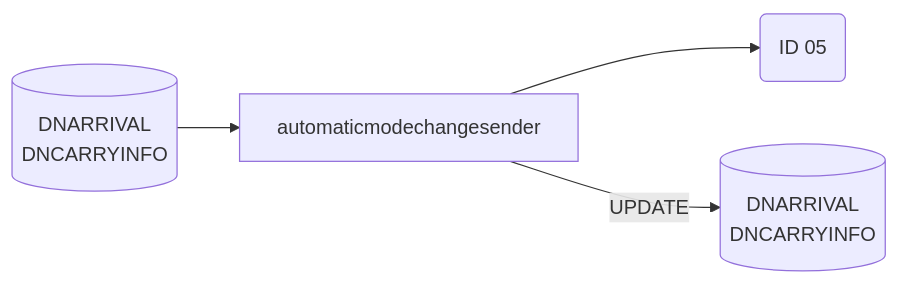
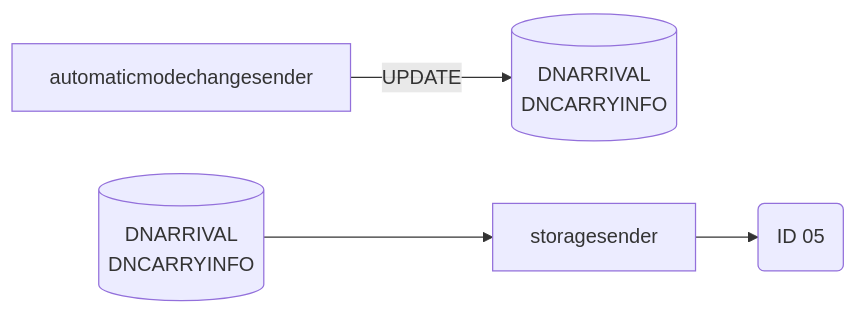
One commit to luthfiadityaa/SimeDarby-Wiki changed the sixth of 23 diagrams in Basic-Design/DFD-WMS/Storage/Palletizing-Settting/Palletize-Start.md. Above: the diagram before and after it, drawn with Mermaid.

Commit message:
Updated Palletize Start

```diff
--- a/Basic-Design/DFD-WMS/Storage/Palletizing-Settting/Palletize-Start.md
+++ b/Basic-Design/DFD-WMS/Storage/Palletizing-Settting/Palletize-Start.md
@@ -478,18 +478,18 @@
 ::: mermaid
 flowchart LR
 automaticmodechangesender-update[("
 DNARRIVAL
 DNCARRYINFO
 ")]
 automaticmodechangesender-input[("
 DNARRIVAL
 DNCARRYINFO
 ")]
 
 id05msg("
 ID 05
 ")
 
-automaticmodechangesender-input-->automaticmodechangesender-->id05msg
+automaticmodechangesender-input-->storagesender-->id05msg
 automaticmodechangesender--> |UPDATE| automaticmodechangesender-update
 :::
```
